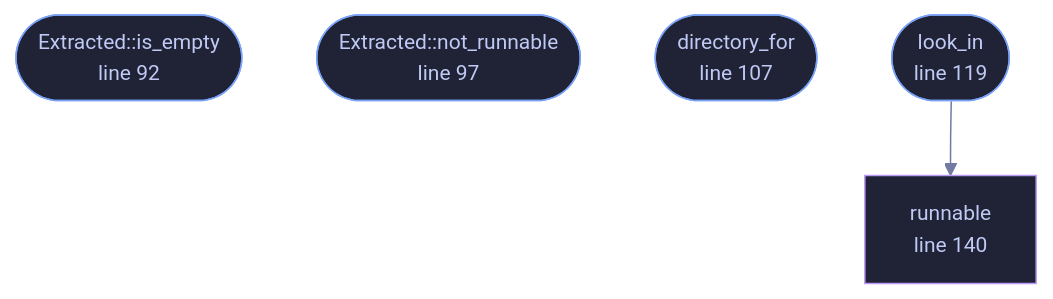
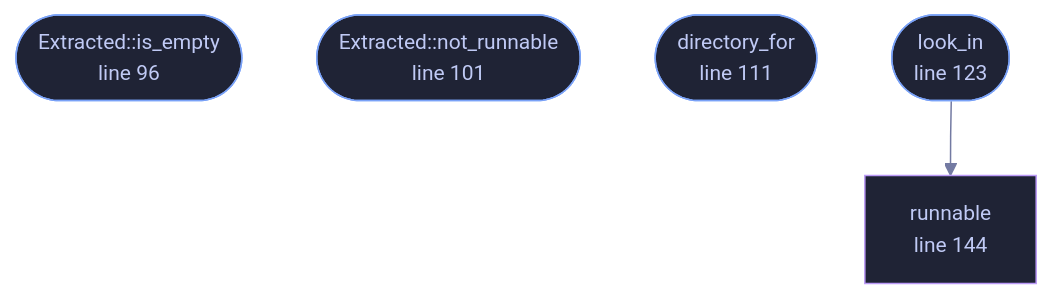
One commit to tilas01/veilvoice changed the diagram in docs/files/veilvoice-verify/extracted.md. Above: the diagram before and after it, drawn with Mermaid. The commit also changed other lines of this file and 60 other files, not shown here.

````diff
--- a/docs/files/veilvoice-verify/extracted.md
+++ b/docs/files/veilvoice-verify/extracted.md
@@ -120,19 +120,19 @@
 ```mermaid
 %%{init: {"theme":"base","themeVariables":{"background":"#1a1b26","primaryColor":"#1f2335","primaryTextColor":"#c0caf5","primaryBorderColor":"#7aa2f7","secondaryColor":"#16161e","tertiaryColor":"#16161e","lineColor":"#737aa2","textColor":"#c0caf5","mainBkg":"#1f2335","nodeBorder":"#7aa2f7","clusterBkg":"#16161e","clusterBorder":"#2f3549","fontFamily":"ui-monospace, SFMono-Regular, Consolas, monospace","fontSize":"14px"}}}%%
 flowchart TD
-    n_is_empty(["Extracted::is_empty<br/>line 92"])
-    n_not_runnable(["Extracted::not_runnable<br/>line 97"])
-    n_directory_for(["directory_for<br/>line 107"])
-    n_look_in(["look_in<br/>line 119"])
-    n_runnable["runnable<br/>line 140"]
+    n_is_empty(["Extracted::is_empty<br/>line 96"])
+    n_not_runnable(["Extracted::not_runnable<br/>line 101"])
+    n_directory_for(["directory_for<br/>line 111"])
+    n_look_in(["look_in<br/>line 123"])
+    n_runnable["runnable<br/>line 144"]
     n_look_in --> n_runnable
-    click n_is_empty href "https://github.com/tilas01/veilvoice/blob/main/crates/veilvoice-verify/src/extracted.rs#L92" "open the source"
-    click n_not_runnable href "https://github.com/tilas01/veilvoice/blob/main/crates/veilvoice-verify/src/extracted.rs#L97" "open the source"
-    click n_directory_for href "https://github.com/tilas01/veilvoice/blob/main/crates/veilvoice-verify/src/extracted.rs#L107" "open the source"
-    click n_look_in href "https://github.com/tilas01/veilvoice/blob/main/crates/veilvoice-verify/src/extracted.rs#L119" "open the source"
-    click n_runnable href "https://github.com/tilas01/veilvoice/blob/main/crates/veilvoice-verify/src/extracted.rs#L140" "open the source"
+    click n_is_empty href "https://github.com/tilas01/veilvoice/blob/main/crates/veilvoice-verify/src/extracted.rs#L96" "open the source"
+    click n_not_runnable href "https://github.com/tilas01/veilvoice/blob/main/crates/veilvoice-verify/src/extracted.rs#L101" "open the source"
+    click n_directory_for href "https://github.com/tilas01/veilvoice/blob/main/crates/veilvoice-verify/src/extracted.rs#L111" "open the source"
+    click n_look_in href "https://github.com/tilas01/veilvoice/blob/main/crates/veilvoice-verify/src/extracted.rs#L123" "open the source"
+    click n_runnable href "https://github.com/tilas01/veilvoice/blob/main/crates/veilvoice-verify/src/extracted.rs#L144" "open the source"
     classDef entry fill:#1f2335,stroke:#7aa2f7,color:#c0caf5
     class n_is_empty,n_not_runnable,n_directory_for,n_look_in entry
     classDef helper fill:#1f2335,stroke:#bb9af7,color:#c0caf5
     class n_runnable helper
 ```
````
